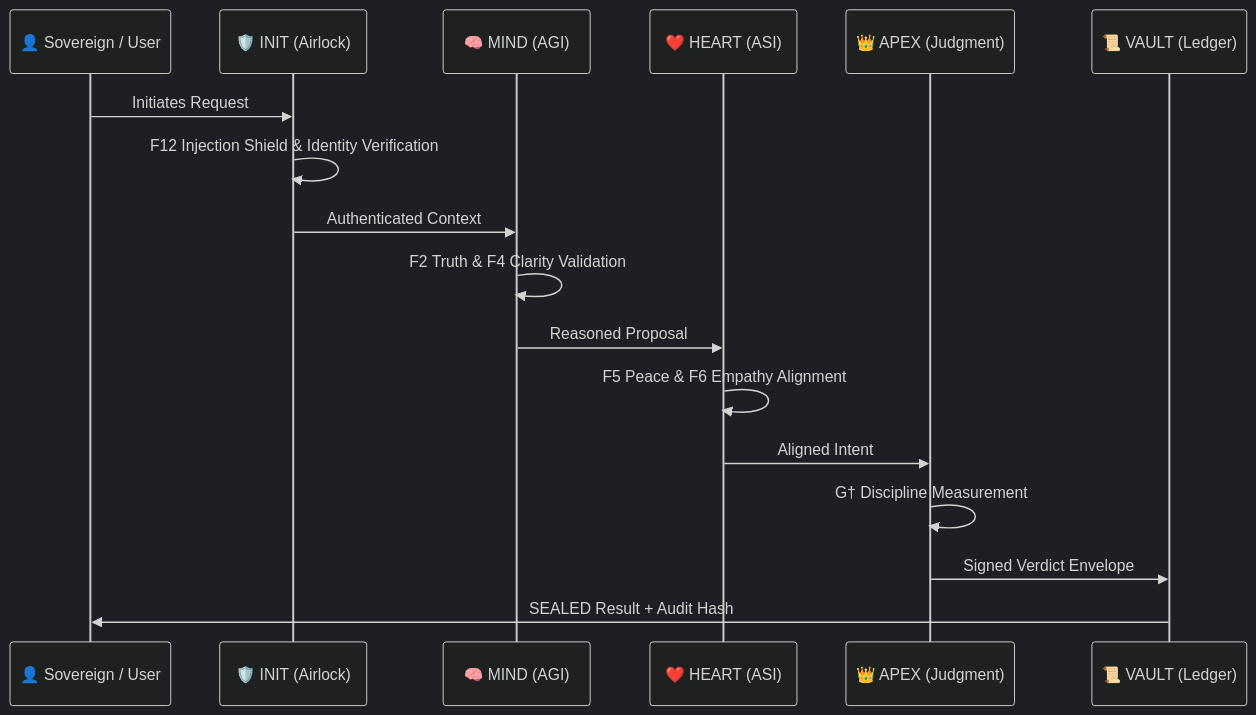
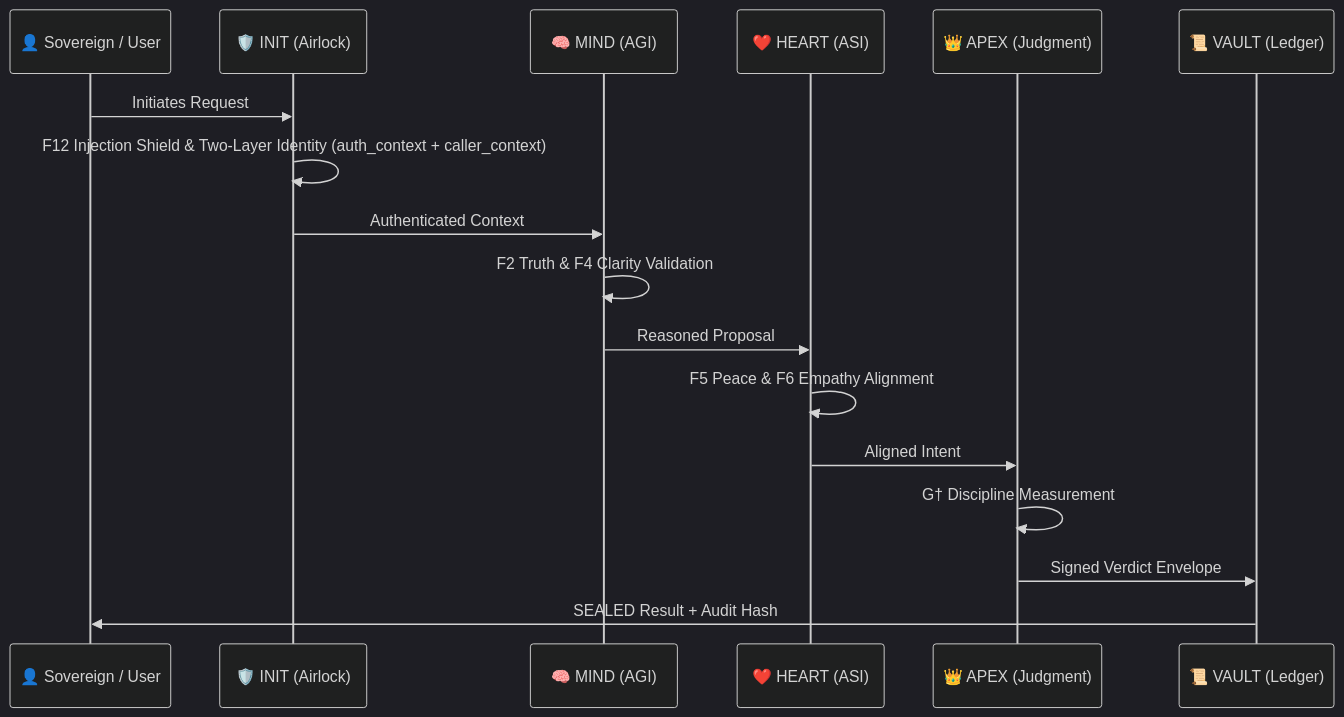
The second of 2 diagrams in README.md (ariffazil/arifos), drawn with Mermaid (dark theme) before and after one commit. The commit also changed other lines of this file and 3 other files, not shown here.

Commit message:
feat: Update README and ROADMAP for v1.0.0, introduce 99 Legacies system, and enhance observability metrics

````diff
--- a/README.md
+++ b/README.md
@@ -62,20 +62,20 @@
 ```mermaid
 sequenceDiagram
     participant User as 👤 Sovereign / User
     participant 000 as 🛡️ INIT (Airlock)
     participant 111_444 as 🧠 MIND (AGI)
     participant 555_666 as ❤️ HEART (ASI)
     participant 777_888 as 👑 APEX (Judgment)
     participant 999 as 📜 VAULT (Ledger)
 
     User->>000: Initiates Request
-    000->>000: F12 Injection Shield & Identity Verification
+    000->>000: F12 Injection Shield & Two-Layer Identity (auth_context + caller_context)
     000->>111_444: Authenticated Context
     111_444->>111_444: F2 Truth & F4 Clarity Validation
     111_444->>555_666: Reasoned Proposal
     555_666->>555_666: F5 Peace & F6 Empathy Alignment
     555_666->>777_888: Aligned Intent
     777_888->>777_888: G† Discipline Measurement
     777_888->>999: Signed Verdict Envelope
     999->>User: SEALED Result + Audit Hash
 ```
````
